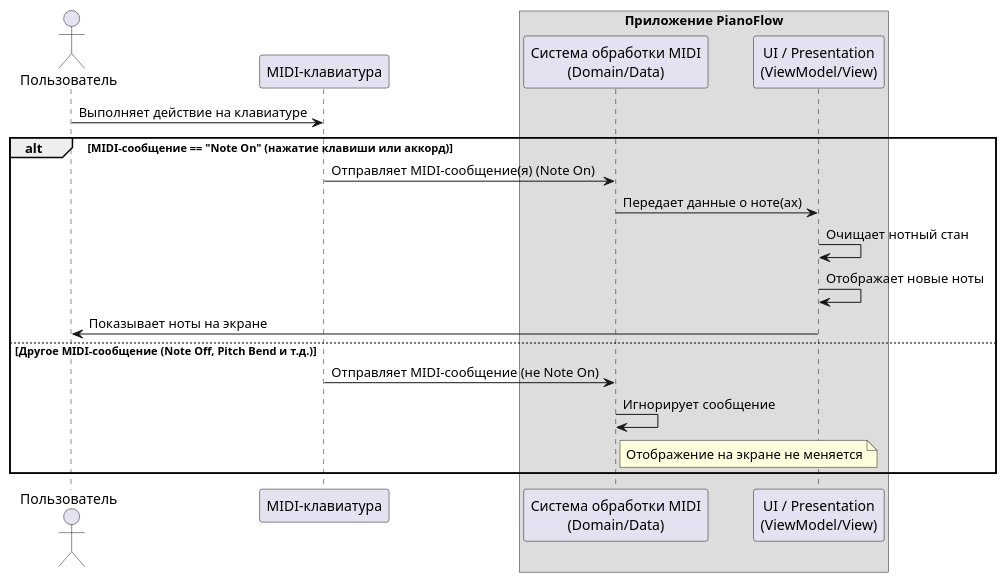
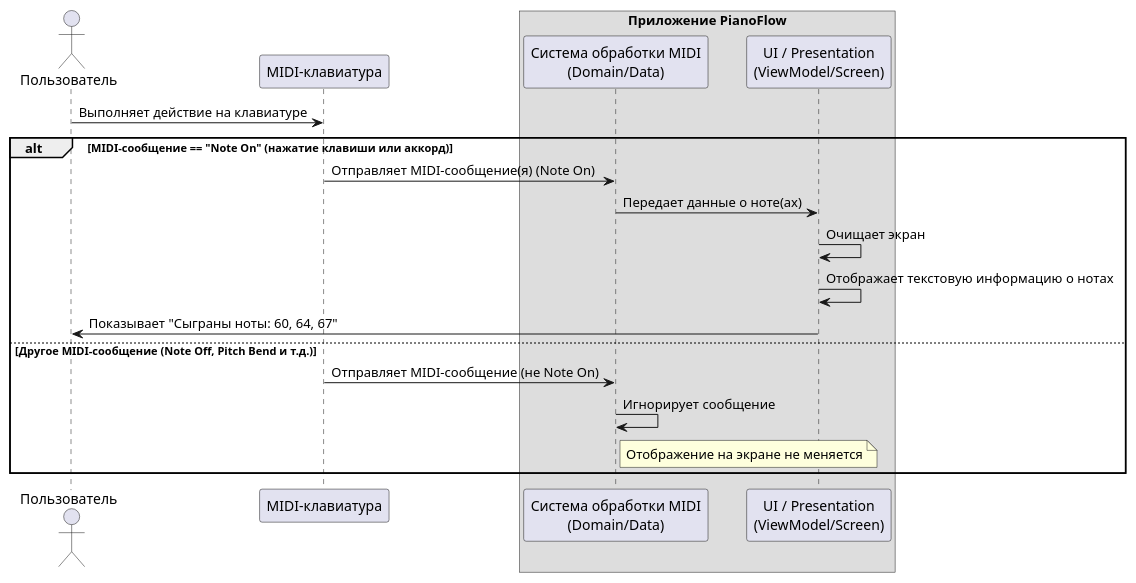
One commit to astrizhachuk/PianoFlow changed the second of 2 diagrams in docs/uc/MIDI_MESSAGE_PROCESSING.md. Above: the diagram before and after it, drawn with PlantUML. The commit also changed other lines of this file and 5 other files, not shown here.

````diff
--- a/docs/uc/MIDI_MESSAGE_PROCESSING.md
+++ b/docs/uc/MIDI_MESSAGE_PROCESSING.md
@@ -91,29 +89,29 @@
 ```plantuml
 @startuml
 actor Пользователь as User
 participant "MIDI-клавиатура" as Keyboard
 box "Приложение PianoFlow"
   participant "Система обработки MIDI\n(Domain/Data)" as MidiProcessor
-  participant "UI / Presentation\n(ViewModel/View)" as UI
+  participant "UI / Presentation\n(ViewModel/Screen)" as UI
 end box
 
 User -> Keyboard : Выполняет действие на клавиатуре
 
 alt MIDI-сообщение == "Note On" (нажатие клавиши или аккорд)
 
     Keyboard -> MidiProcessor : Отправляет MIDI-сообщение(я) (Note On)
     MidiProcessor -> UI : Передает данные о ноте(ах)
-    UI -> UI : Очищает нотный стан
-    UI -> UI : Отображает новые ноты
-    UI -> User : Показывает ноты на экране
+    UI -> UI : Очищает экран
+    UI -> UI : Отображает текстовую информацию о нотах
+    UI -> User : Показывает "Сыграны ноты: 60, 64, 67"
 
 else Другое MIDI-сообщение (Note Off, Pitch Bend и т.д.)
 
     Keyboard -> MidiProcessor : Отправляет MIDI-сообщение (не Note On)
     MidiProcessor -> MidiProcessor : Игнорирует сообщение
     note right of MidiProcessor: Отображение на экране не меняется
 
 end
 
 @enduml
 ```
````
